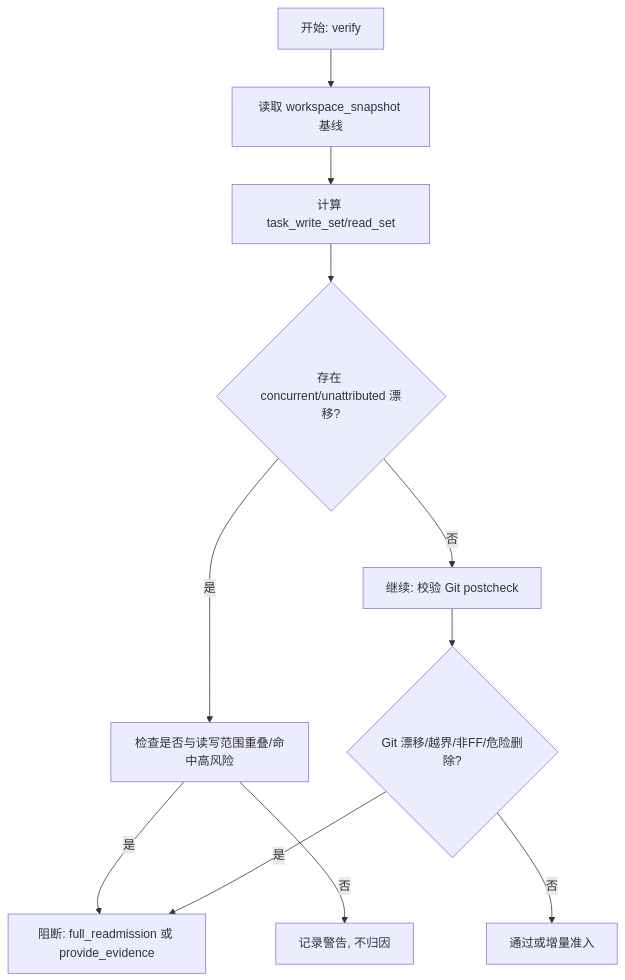
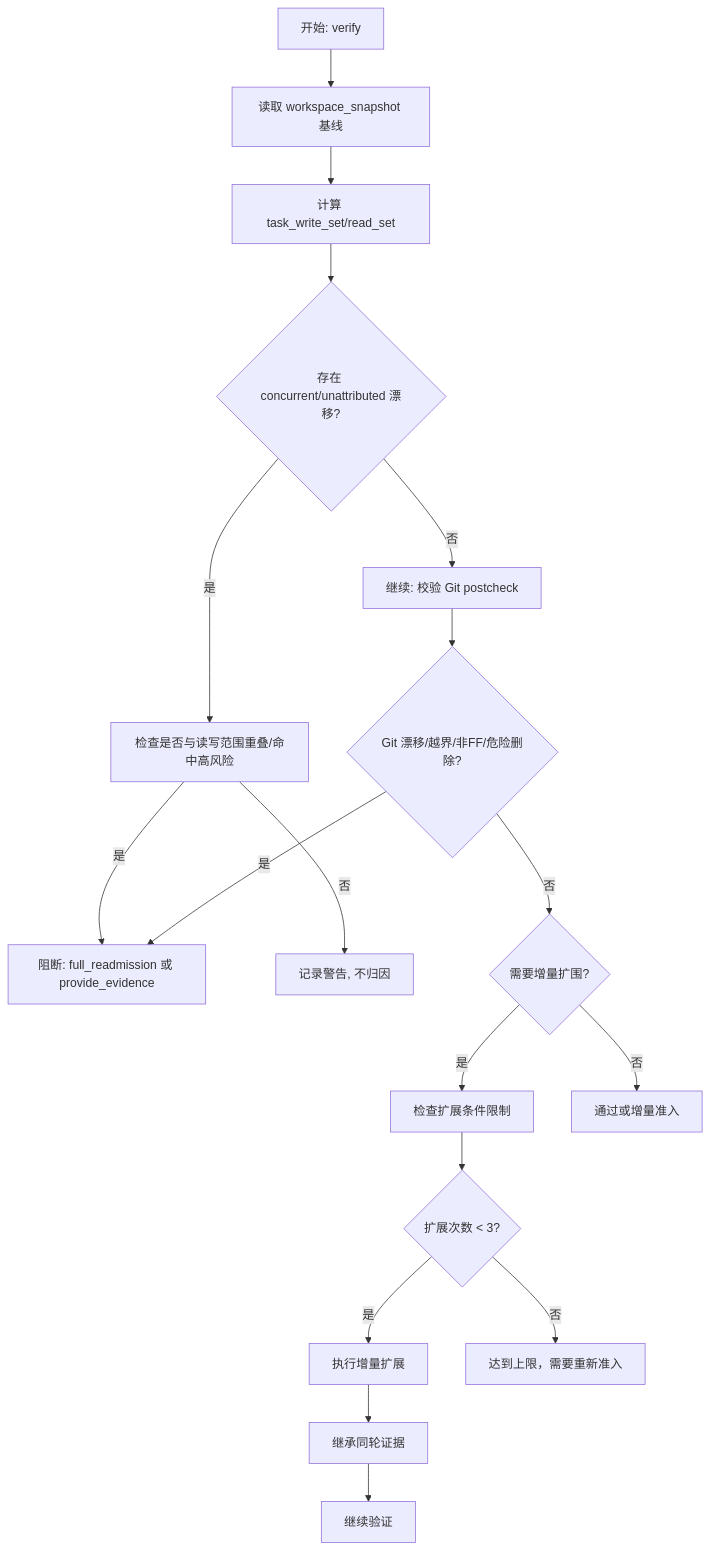
Before and after one commit to HackSing/docs-harness: the fifth of 9 diagrams in .qoder/repowiki/zh/content/任务管理/范围评估与授权.md, drawn with Mermaid. The commit also changed other lines of this file and 45 other files, not shown here.

First line of the commit message:
feat(harness): v1.7.6 按变更面选择验证强度、git_commit 受控意图与关键词 Gate 路由移除

````diff
--- a/.qoder/repowiki/zh/content/任务管理/范围评估与授权.md
+++ b/.qoder/repowiki/zh/content/任务管理/范围评估与授权.md
@@ -187,13 +209,20 @@
 ```mermaid
 flowchart TD
 A["开始: verify"] --> B["读取 workspace_snapshot 基线"]
 B --> C["计算 task_write_set/read_set"]
 C --> D{"存在 concurrent/unattributed 漂移?"}
 D --> |是| E["检查是否与读写范围重叠/命中高风险"]
 E --> |是| Block["阻断: full_readmission 或 provide_evidence"]
 E --> |否| Warn["记录警告, 不归因"]
 D --> |否| F["继续: 校验 Git postcheck"]
 F --> G{"Git 漂移/越界/非FF/危险删除?"}
 G --> |是| Block
-G --> |否| Pass["通过或增量准入"]
+G --> |否| H{"需要增量扩围?"}
+H --> |是| I["检查扩展条件限制"]
+I --> J{"扩展次数 < 3?"}
+J --> |是| K["执行增量扩展"]
+J --> |否| L["达到上限，需要重新准入"]
+K --> M["继承同轮证据"]
+M --> N["继续验证"]
+H --> |否| O["通过或增量准入"]
 ```
````
